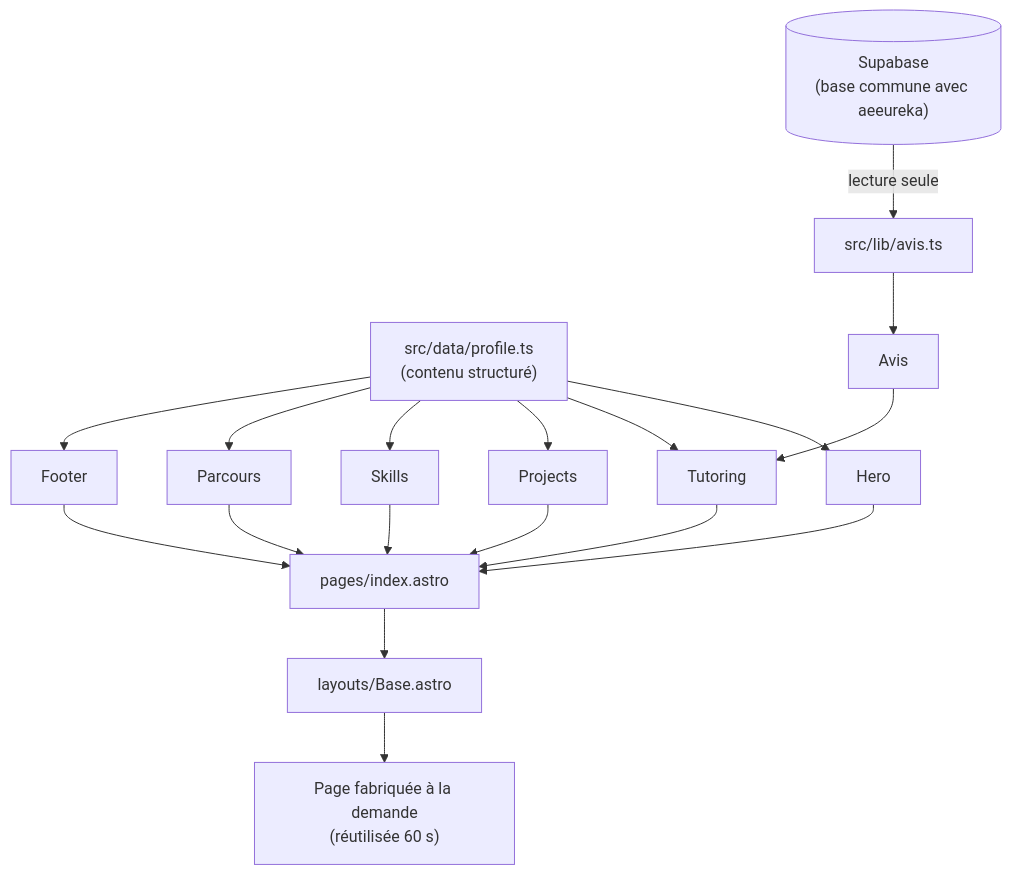
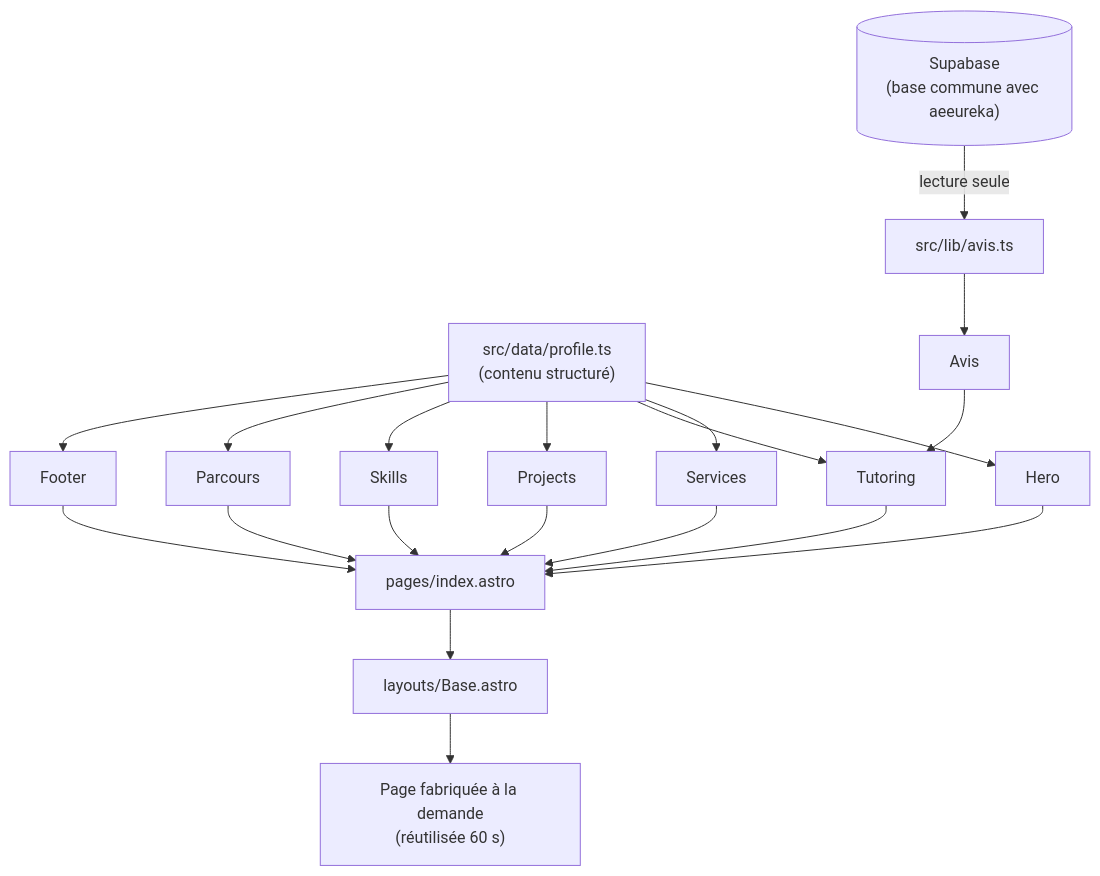
One commit to landrykubwimana/portfolio changed the first of 2 diagrams in docs/methodologie-et-workflow.md. Above: the diagram before and after it, drawn with Mermaid. The commit also changed other lines of this file and 11 other files, not shown here.

````diff
--- a/docs/methodologie-et-workflow.md
+++ b/docs/methodologie-et-workflow.md
@@ -71,20 +72,22 @@
 ```mermaid
 flowchart TD
     P["src/data/profile.ts<br/>(contenu structuré)"] --> C1[Hero]
+    P --> C7[Services]
     P --> C5[Tutoring]
     P --> C2[Projects]
     P --> C3[Skills]
     P --> C4[Parcours]
     P --> C6[Footer]
     DB[("Supabase<br/>(base commune avec aeeureka)")] -->|lecture seule| LIB["src/lib/avis.ts"]
     LIB --> AV[Avis]
     AV --> C5
     C1 --> PG[pages/index.astro]
+    C7 --> PG
     C5 --> PG
     C2 --> PG
     C3 --> PG
     C4 --> PG
     C6 --> PG
     PG --> L[layouts/Base.astro]
     L --> OUT["Page fabriquée à la demande<br/>(réutilisée 60 s)"]
 ```
````
